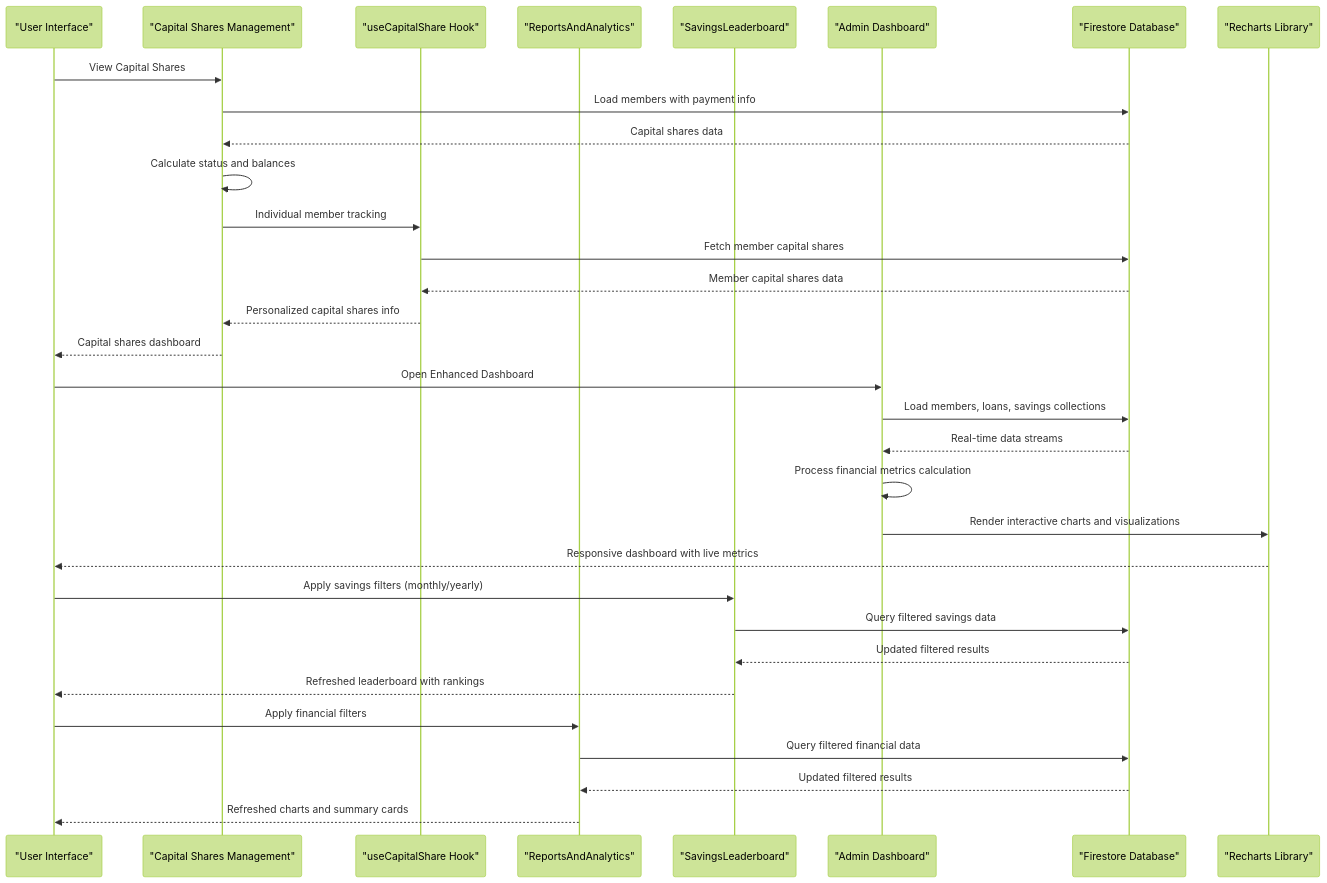
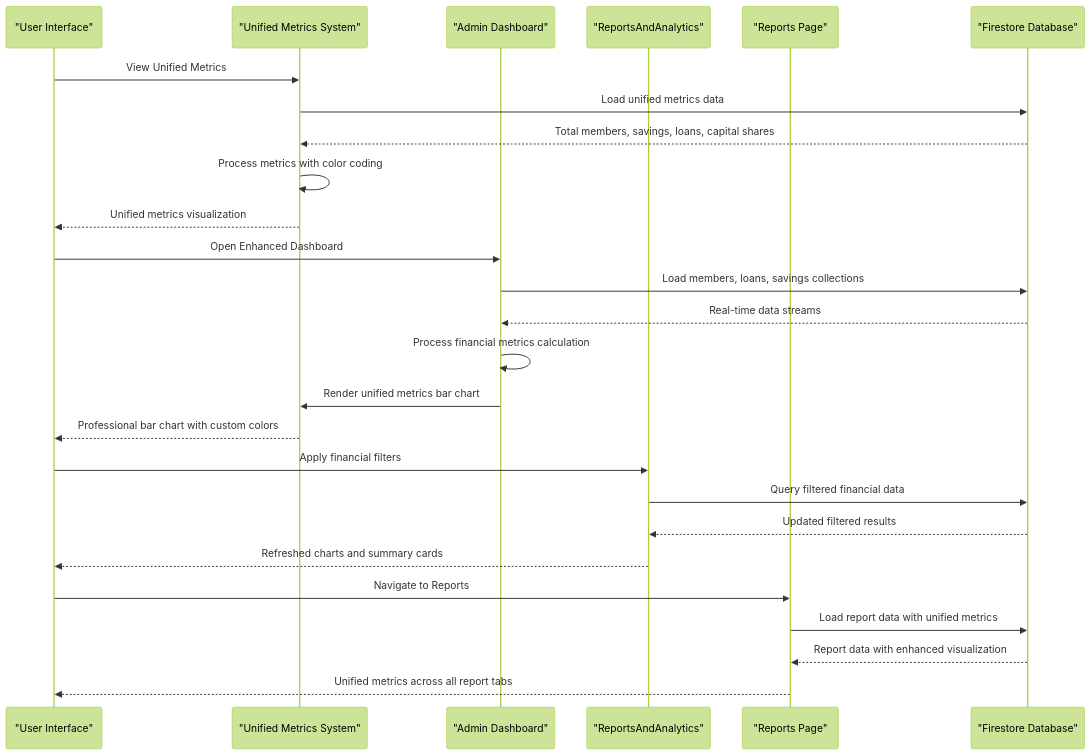
One commit to Unsure-bry/sampacoop_system changed the second of 11 diagrams in .qoder/repowiki/en/content/Project Overview/Core Features & Functionality/Reporting & Analytics.md. Above: the diagram before and after it, drawn with Mermaid (forest theme). The commit also changed other lines of this file and 2 other files, not shown here.

Commit message:
Change on the reports and analytics

````diff
--- a/.qoder/repowiki/en/content/Project Overview/Core Features & Functionality/Reporting & Analytics.md
+++ b/.qoder/repowiki/en/content/Project Overview/Core Features & Functionality/Reporting & Analytics.md
@@ -303,34 +250,28 @@
 ```mermaid
 sequenceDiagram
 participant U as "User Interface"
-participant CAP as "Capital Shares Management"
-participant UCSC as "useCapitalShare Hook"
+participant UMS as "Unified Metrics System"
+participant AD as "Admin Dashboard"
 participant RNA as "ReportsAndAnalytics"
-participant SLB as "SavingsLeaderboard"
-participant AD as "Admin Dashboard"
+participant RP as "Reports Page"
 participant FS as "Firestore Database"
-participant RC as "Recharts Library"
-U->>CAP : View Capital Shares
-CAP->>FS : Load members with payment info
-FS-->>CAP : Capital shares data
-CAP->>CAP : Calculate status and balances
-CAP->>UCSC : Individual member tracking
-UCSC->>FS : Fetch member capital shares
-FS-->>UCSC : Member capital shares data
-UCSC-->>CAP : Personalized capital shares info
-CAP-->>U : Capital shares dashboard
+U->>UMS : View Unified Metrics
+UMS->>FS : Load unified metrics data
+FS-->>UMS : Total members, savings, loans, capital shares
+UMS->>UMS : Process metrics with color coding
+UMS-->>U : Unified metrics visualization
 U->>AD : Open Enhanced Dashboard
 AD->>FS : Load members, loans, savings collections
 FS-->>AD : Real-time data streams
 AD->>AD : Process financial metrics calculation
-AD->>RC : Render interactive charts and visualizations
-RC-->>U : Responsive dashboard with live metrics
-U->>SLB : Apply savings filters (monthly/yearly)
-SLB->>FS : Query filtered savings data
-FS-->>SLB : Updated filtered results
-SLB-->>U : Refreshed leaderboard with rankings
+AD->>UMS : Render unified metrics bar chart
+UMS-->>U : Professional bar chart with custom colors
 U->>RNA : Apply financial filters
 RNA->>FS : Query filtered financial data
 FS-->>RNA : Updated filtered results
 RNA-->>U : Refreshed charts and summary cards
+U->>RP : Navigate to Reports
+RP->>FS : Load report data with unified metrics
+FS-->>RP : Report data with enhanced visualization
+RP-->>U : Unified metrics across all report tabs
 ```
````
